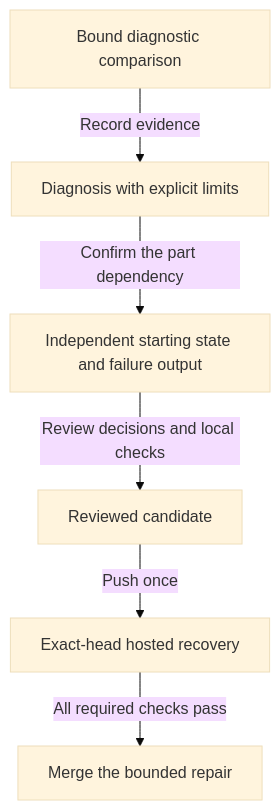
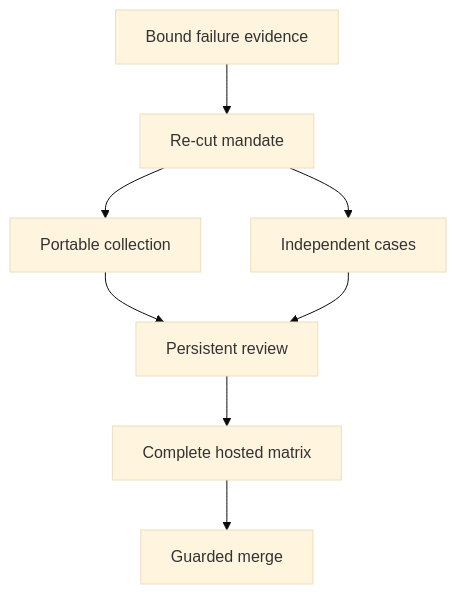
Before and after one commit to lambdasistemi/singular: the diagram in specs/451-cross-wallet-fold/plan.md, drawn with Mermaid (base theme). The commit also changed other lines of this file and 11 other files, not shown here.

Commit message:
docs: bind the independent recovery case recut

````diff
--- a/specs/451-cross-wallet-fold/plan.md
+++ b/specs/451-cross-wallet-fold/plan.md
@@ -9,8 +9,10 @@
 ```mermaid
 flowchart TD
-    Comparison[Bound diagnostic comparison] -->|Record evidence| Diagnosis[Diagnosis with explicit limits]
-    Diagnosis -->|Confirm the part dependency| Repair[Independent starting state and failure output]
-    Repair -->|Review decisions and local checks| Candidate[Reviewed candidate]
-    Candidate -->|Push once| Hosted[Exact-head hosted recovery]
-    Hosted -->|All required checks pass| Delivery[Merge the bounded repair]
+    Evidence[Bound failure evidence] --> Mandate[Re-cut mandate]
+    Mandate --> Collector[Portable collection]
+    Mandate --> Cases[Independent cases]
+    Collector --> Review[Persistent review]
+    Cases --> Review
+    Review --> Hosted[Complete hosted matrix]
+    Hosted --> Delivery[Guarded merge]
 ```
````
